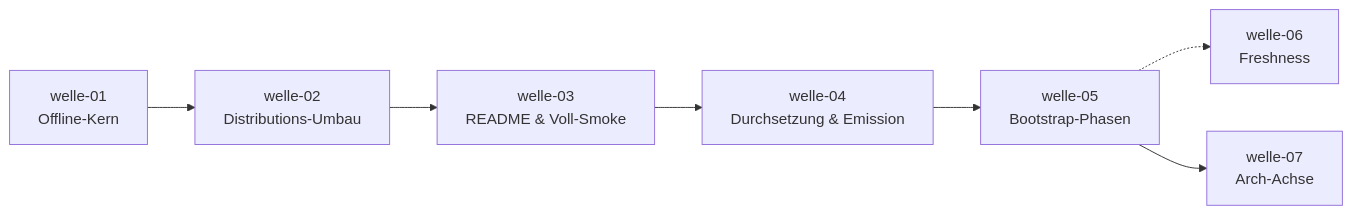
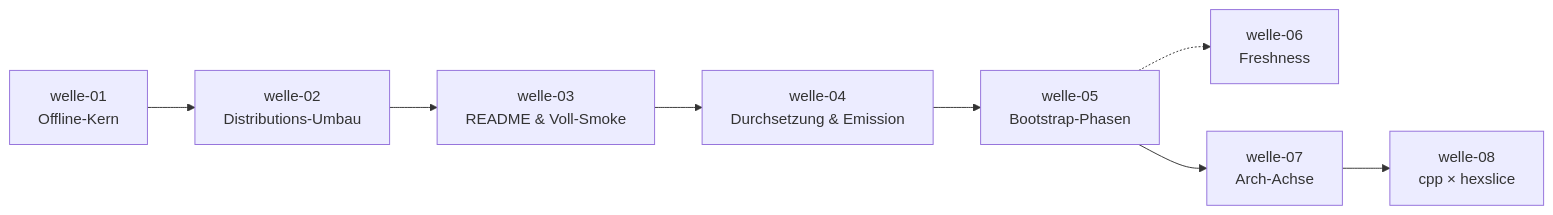
The diagram in docs/plan/planning/in-progress/roadmap.md (pt9912/ai-harness-init), drawn with Mermaid before and after one commit. The commit also changed other lines of this file and 2 other files, not shown here.

First line of the commit message:
plan: welle-08 cpp x hexslice geschnitten (Planner, Modul 6)

````diff
--- a/docs/plan/planning/in-progress/roadmap.md
+++ b/docs/plan/planning/in-progress/roadmap.md
@@ -46,13 +56,14 @@
 ```mermaid
 flowchart LR
     W1[welle-01<br/>Offline-Kern]
     W2[welle-02<br/>Distributions-Umbau]
     W3[welle-03<br/>README & Voll-Smoke]
     W4[welle-04<br/>Durchsetzung & Emission]
     W5[welle-05<br/>Bootstrap-Phasen]
     W6[welle-06<br/>Freshness]
     W7[welle-07<br/>Arch-Achse]
+    W8[welle-08<br/>cpp × hexslice]
     W1 --> W2 --> W3 --> W4 --> W5
     W5 -.-> W6
-    W5 --> W7
+    W5 --> W7 --> W8
 ```
````
